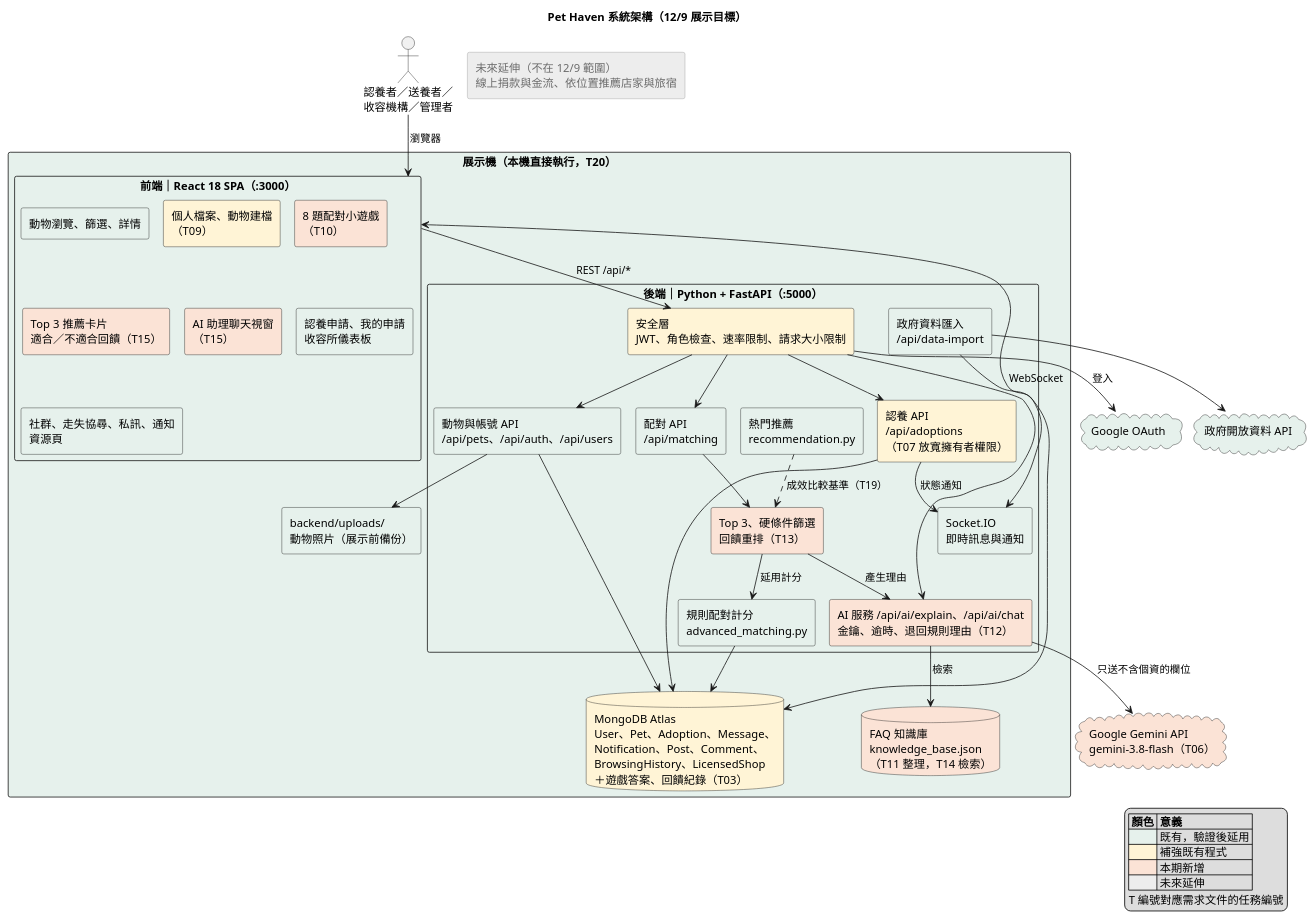
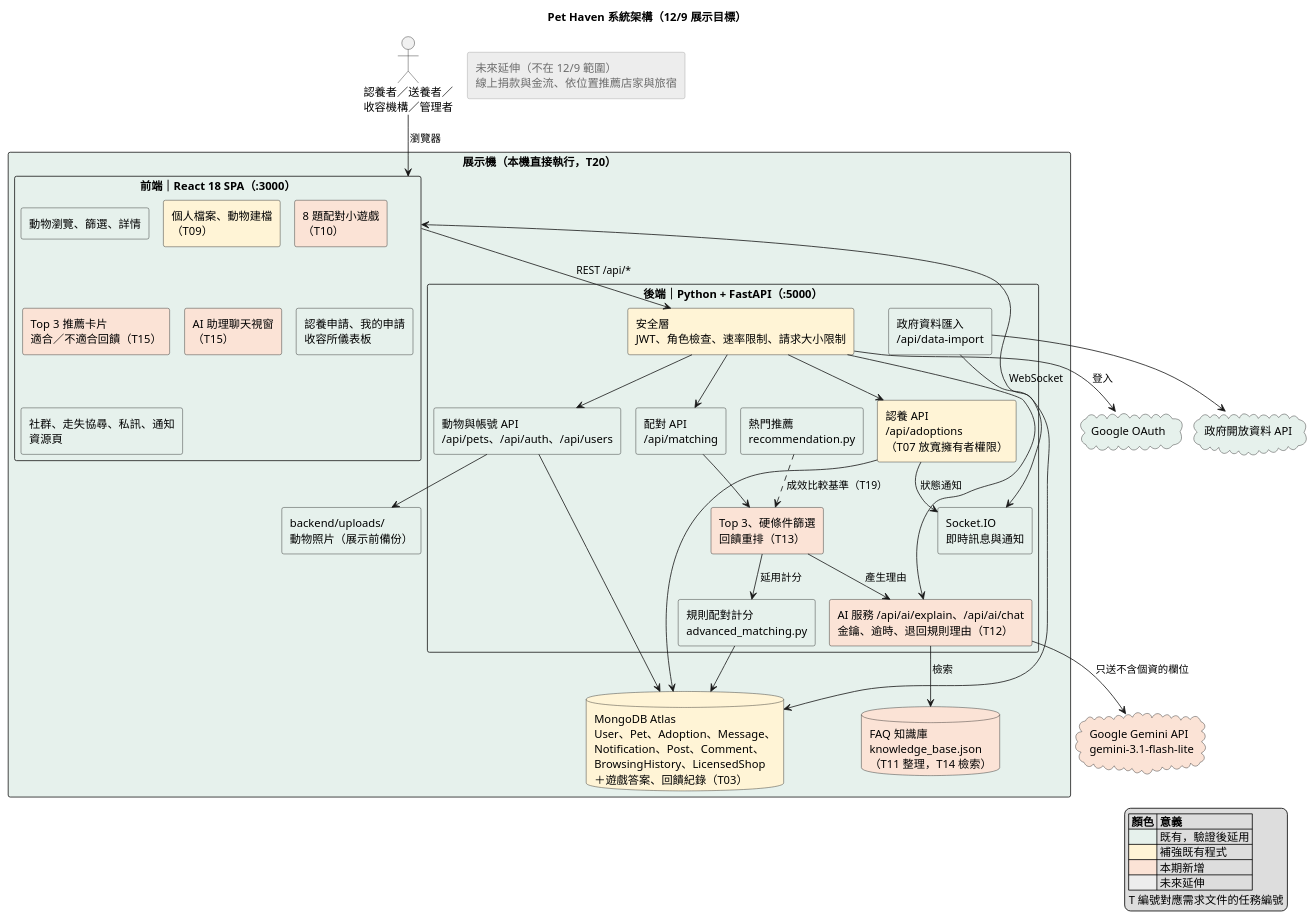
One commit to Shandi00/pet-haven changed the diagram in docs/architecture/diagrams/system-architecture.puml. Above: the diagram before and after it, drawn with PlantUML. The commit also changed 5 other files, not shown here.

First line of the commit message:
chore: 預設 Gemini 模型改為 gemini-3.1-flash-lite (T12)

```diff
--- a/docs/architecture/diagrams/system-architecture.puml
+++ b/docs/architecture/diagrams/system-architecture.puml
@@ -1,98 +1,98 @@
 @startuml system-architecture
 ' Pet Haven 系統架構圖（12/9 展示時的目標架構）
 ' 依據：docs/architecture/現況架構.md、docs/superpowers/specs/2026-11-25-需求與展示範圍-design.md
 ' 顏色：綠＝既有、黃＝補強、橘＝本期新增、灰＝選做或未來延伸
 !pragma layout smetana
 skinparam defaultFontName "Microsoft JhengHei"
 skinparam shadowing false
 skinparam componentStyle rectangle
 skinparam rectangle {
   BackgroundColor<<existing>> #E6F1EC
   BackgroundColor<<enhance>> #FFF4D6
   BackgroundColor<<new>> #FBE3D6
   BackgroundColor<<future>> #EDEDED
   BorderColor<<future>> #9A9A9A
   FontColor<<future>> #6B6B6B
 }
 skinparam database {
   BackgroundColor<<existing>> #E6F1EC
   BackgroundColor<<enhance>> #FFF4D6
   BackgroundColor<<new>> #FBE3D6
 }
 skinparam cloud {
   BackgroundColor<<existing>> #E6F1EC
   BackgroundColor<<new>> #FBE3D6
 }
 hide stereotype
 
 title Pet Haven 系統架構（12/9 展示目標）
 
 actor "認養者／送養者／\n收容機構／管理者" as U
 
 rectangle "展示機（本機直接執行，T20）" <<existing>> {
 
   rectangle "前端｜React 18 SPA（:3000）" as FE <<existing>> {
     rectangle "動物瀏覽、篩選、詳情" as FE_PET <<existing>>
     rectangle "個人檔案、動物建檔\n（T09）" as FE_PROFILE <<enhance>>
     rectangle "8 題配對小遊戲\n（T10）" as FE_GAME <<new>>
     rectangle "Top 3 推薦卡片\n適合／不適合回饋（T15）" as FE_REC <<new>>
     rectangle "AI 助理聊天視窗\n（T15）" as FE_CHAT <<new>>
     rectangle "認養申請、我的申請\n收容所儀表板" as FE_ADOPT <<existing>>
     rectangle "社群、走失協尋、私訊、通知\n資源頁" as FE_SOCIAL <<existing>>
   }
 
   rectangle "後端｜Python + FastAPI（:5000）" as BE <<existing>> {
     rectangle "安全層\nJWT、角色檢查、速率限制、請求大小限制" as BE_SEC <<enhance>>
     rectangle "認養 API\n/api/adoptions\n（T07 放寬擁有者權限）" as BE_ADOPT <<enhance>>
     rectangle "動物與帳號 API\n/api/pets、/api/auth、/api/users" as BE_PET <<existing>>
     rectangle "配對 API\n/api/matching" as BE_MATCH <<existing>>
     rectangle "規則配對計分\nadvanced_matching.py" as SVC_MATCH <<existing>>
     rectangle "熱門推薦\nrecommendation.py" as SVC_POP <<existing>>
     rectangle "Top 3、硬條件篩選\n回饋重排（T13）" as SVC_TOP3 <<new>>
     rectangle "AI 服務 /api/ai/explain、/api/ai/chat\n金鑰、逾時、退回規則理由（T12）" as SVC_AI <<new>>
     rectangle "政府資料匯入\n/api/data-import" as BE_IMPORT <<existing>>
     rectangle "Socket.IO\n即時訊息與通知" as BE_IO <<existing>>
   }
 
   database "MongoDB Atlas\nUser、Pet、Adoption、Message、\nNotification、Post、Comment、\nBrowsingHistory、LicensedShop\n＋遊戲答案、回饋紀錄（T03）" as DB <<enhance>>
   database "FAQ 知識庫\nknowledge_base.json\n（T11 整理，T14 檢索）" as KB <<new>>
   rectangle "backend/uploads/\n動物照片（展示前備份）" as VOL <<existing>>
 }
 
-cloud "Google Gemini API\ngemini-3.8-flash（T06）" as LLM <<new>>
+cloud "Google Gemini API\ngemini-3.1-flash-lite" as LLM <<new>>
 cloud "Google OAuth" as GOOGLE <<existing>>
 cloud "政府開放資料 API" as GOV <<existing>>
 
 rectangle "未來延伸（不在 12/9 範圍）\n線上捐款與金流、依位置推薦店家與旅宿" as FUTURE <<future>>
 
 U --> FE : 瀏覽器
 FE --> BE_SEC : REST /api/*
 FE <--> BE_IO : WebSocket
 BE_SEC --> BE_PET
 BE_SEC --> BE_ADOPT
 BE_SEC --> BE_MATCH
 BE_SEC --> SVC_AI
 BE_MATCH --> SVC_TOP3
 SVC_TOP3 --> SVC_MATCH : 延用計分
 SVC_TOP3 --> SVC_AI : 產生理由
 SVC_POP ..> SVC_TOP3 : 成效比較基準（T19）
 SVC_AI --> KB : 檢索
 SVC_AI --> LLM : 只送不含個資的欄位
 BE_ADOPT --> BE_IO : 狀態通知
 BE_PET --> DB
 BE_ADOPT --> DB
 SVC_MATCH --> DB
 BE_PET --> VOL
 BE_IMPORT --> GOV
 BE_IMPORT --> DB
 BE_SEC --> GOOGLE : 登入
 
 legend right
   |= 顏色 |= 意義 |
   |<#E6F1EC>| 既有，驗證後延用 |
   |<#FFF4D6>| 補強既有程式 |
   |<#FBE3D6>| 本期新增 |
   |<#EDEDED>| 未來延伸 |
   T 編號對應需求文件的任務編號
 endlegend
 @enduml
```
